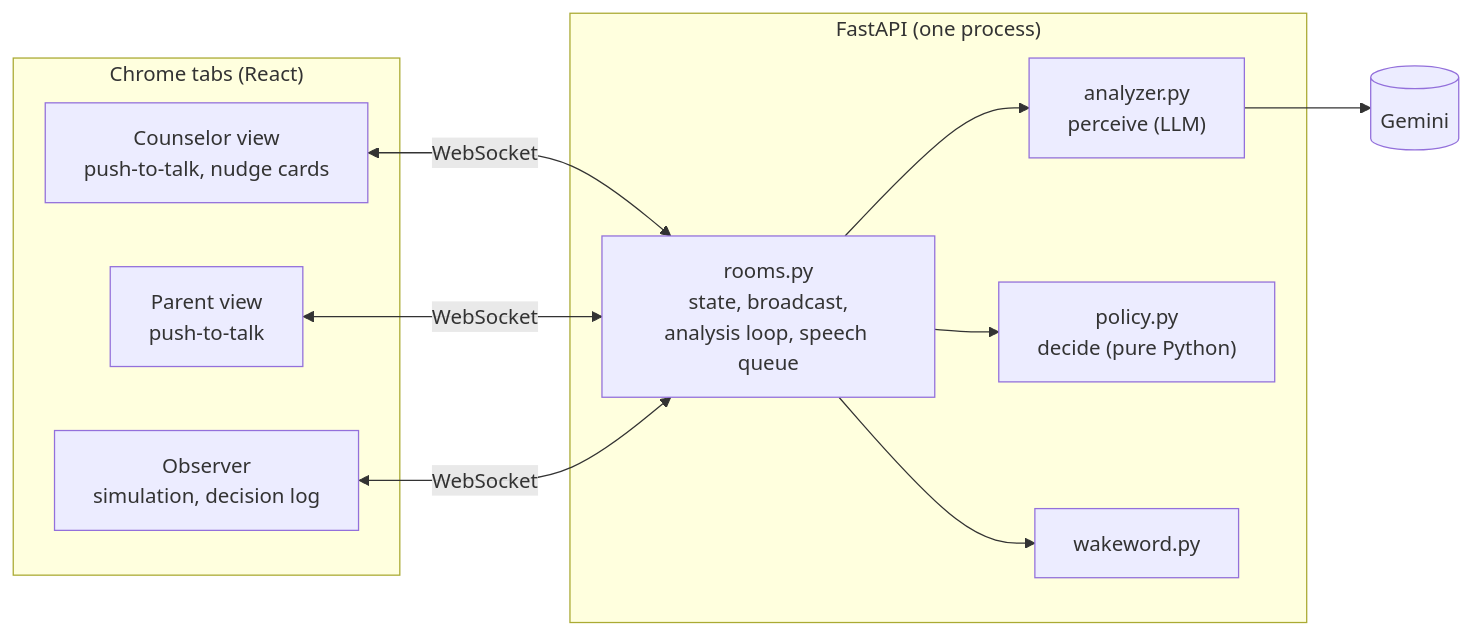
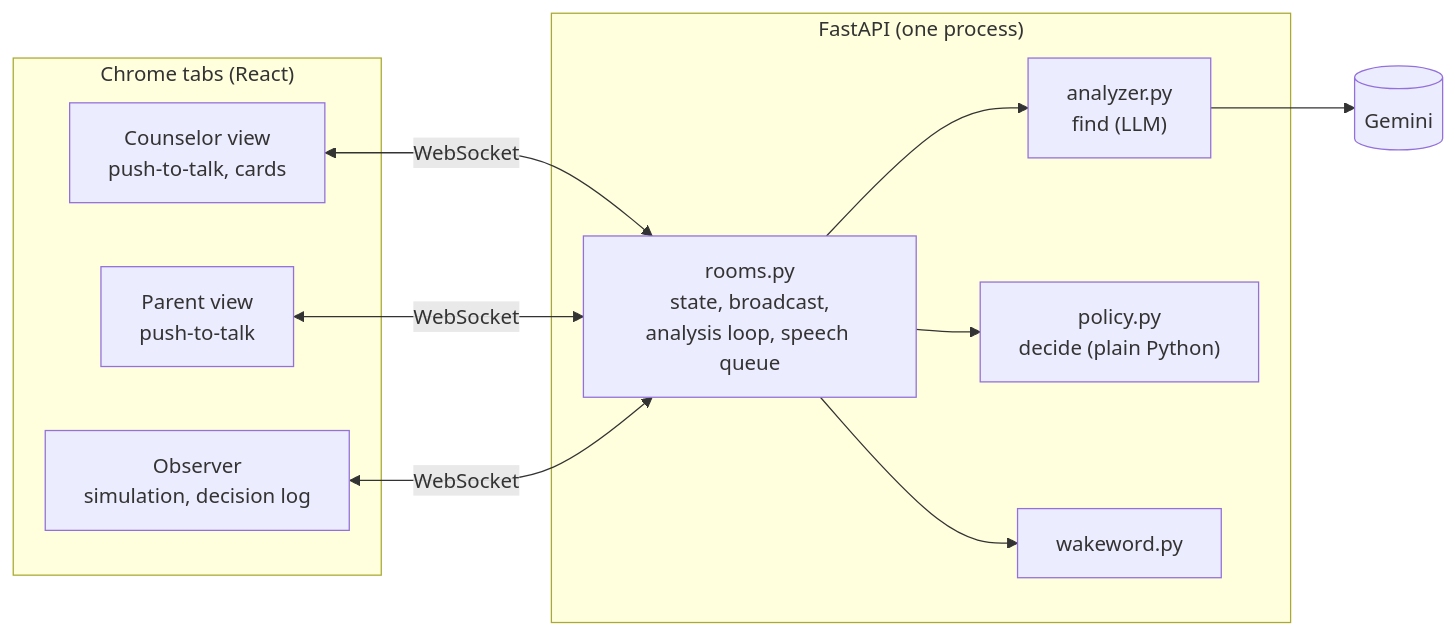
Before and after one commit to natnguyen215/hiya-submission: the diagram in README.md, drawn with Mermaid. The commit also changed other lines of this file, not shown here.

````diff
--- a/README.md
+++ b/README.md
@@ -155,21 +78,21 @@
 ```mermaid
 flowchart LR
   subgraph Browser["Chrome tabs (React)"]
-    C["Counselor view<br/>push-to-talk, nudge cards"]
+    C["Counselor view<br/>push-to-talk, cards"]
     P["Parent view<br/>push-to-talk"]
     O["Observer<br/>simulation, decision log"]
   end
   subgraph Server["FastAPI (one process)"]
     R["rooms.py<br/>state, broadcast,<br/>analysis loop, speech queue"]
-    A["analyzer.py<br/>perceive (LLM)"]
-    POL["policy.py<br/>decide (pure Python)"]
+    A["analyzer.py<br/>find (LLM)"]
+    POL["policy.py<br/>decide (plain Python)"]
     W["wakeword.py"]
   end
   G[("Gemini")]
   C <-- WebSocket --> R
   P <-- WebSocket --> R
   O <-- WebSocket --> R
   R --> A --> G
   R --> POL
   R --> W
 ```
````
